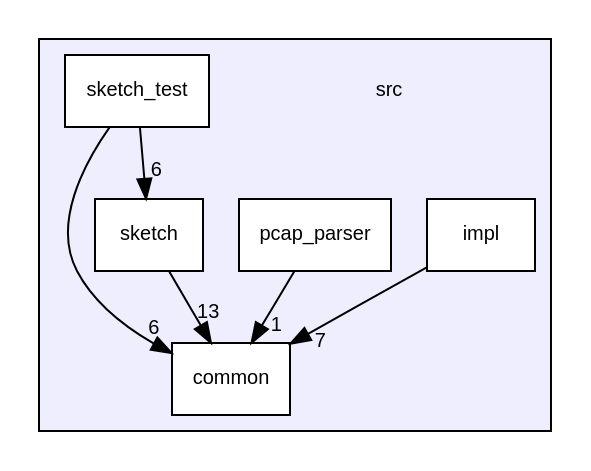
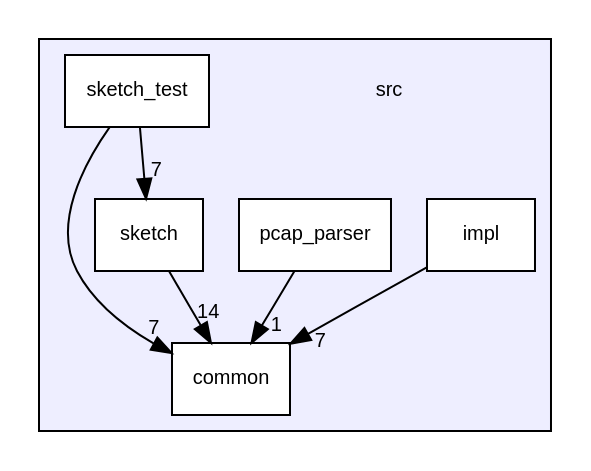
The diagram in dir_68267d1309a1af8e8297ef4c3efbcdba_dep.dot (N2-Sys/OmniSketch), drawn with Graphviz before and after one commit. The commit also changed 169 other files, not shown here.

```diff
--- a/dir_68267d1309a1af8e8297ef4c3efbcdba_dep.dot
+++ b/dir_68267d1309a1af8e8297ef4c3efbcdba_dep.dot
@@ -1,19 +1,19 @@
 digraph "src" {
   compound=true
   node [ fontsize="10", fontname="Helvetica"];
   edge [ labelfontsize="10", labelfontname="Helvetica"];
   subgraph clusterdir_68267d1309a1af8e8297ef4c3efbcdba {
     graph [ bgcolor="#eeeeff", pencolor="black", label="" URL="dir_68267d1309a1af8e8297ef4c3efbcdba.html"];
     dir_68267d1309a1af8e8297ef4c3efbcdba [shape=plaintext label="src"];
     dir_fdedb0aba14d44ce9d99bc100e026e6a [shape=box label="common" color="black" fillcolor="white" style="filled" URL="dir_fdedb0aba14d44ce9d99bc100e026e6a.html"];
     dir_3808e3f8fe545b07b1d2715928fb0eea [shape=box label="impl" color="black" fillcolor="white" style="filled" URL="dir_3808e3f8fe545b07b1d2715928fb0eea.html"];
     dir_30715e57b45eec00a69ae0688450414c [shape=box label="pcap_parser" color="black" fillcolor="white" style="filled" URL="dir_30715e57b45eec00a69ae0688450414c.html"];
     dir_ef43dc1024c8c688fd3275ab544df33f [shape=box label="sketch" color="black" fillcolor="white" style="filled" URL="dir_ef43dc1024c8c688fd3275ab544df33f.html"];
     dir_5714b091328ca2b0817cfc81eebb0222 [shape=box label="sketch_test" color="black" fillcolor="white" style="filled" URL="dir_5714b091328ca2b0817cfc81eebb0222.html"];
   }
-  dir_ef43dc1024c8c688fd3275ab544df33f->dir_fdedb0aba14d44ce9d99bc100e026e6a [headlabel="13", labeldistance=1.5 headhref="dir_000006_000003.html"];
+  dir_ef43dc1024c8c688fd3275ab544df33f->dir_fdedb0aba14d44ce9d99bc100e026e6a [headlabel="14", labeldistance=1.5 headhref="dir_000006_000003.html"];
   dir_3808e3f8fe545b07b1d2715928fb0eea->dir_fdedb0aba14d44ce9d99bc100e026e6a [headlabel="7", labeldistance=1.5 headhref="dir_000004_000003.html"];
-  dir_5714b091328ca2b0817cfc81eebb0222->dir_ef43dc1024c8c688fd3275ab544df33f [headlabel="6", labeldistance=1.5 headhref="dir_000007_000006.html"];
-  dir_5714b091328ca2b0817cfc81eebb0222->dir_fdedb0aba14d44ce9d99bc100e026e6a [headlabel="6", labeldistance=1.5 headhref="dir_000007_000003.html"];
+  dir_5714b091328ca2b0817cfc81eebb0222->dir_ef43dc1024c8c688fd3275ab544df33f [headlabel="7", labeldistance=1.5 headhref="dir_000007_000006.html"];
+  dir_5714b091328ca2b0817cfc81eebb0222->dir_fdedb0aba14d44ce9d99bc100e026e6a [headlabel="7", labeldistance=1.5 headhref="dir_000007_000003.html"];
   dir_30715e57b45eec00a69ae0688450414c->dir_fdedb0aba14d44ce9d99bc100e026e6a [headlabel="1", labeldistance=1.5 headhref="dir_000005_000003.html"];
 }
```
